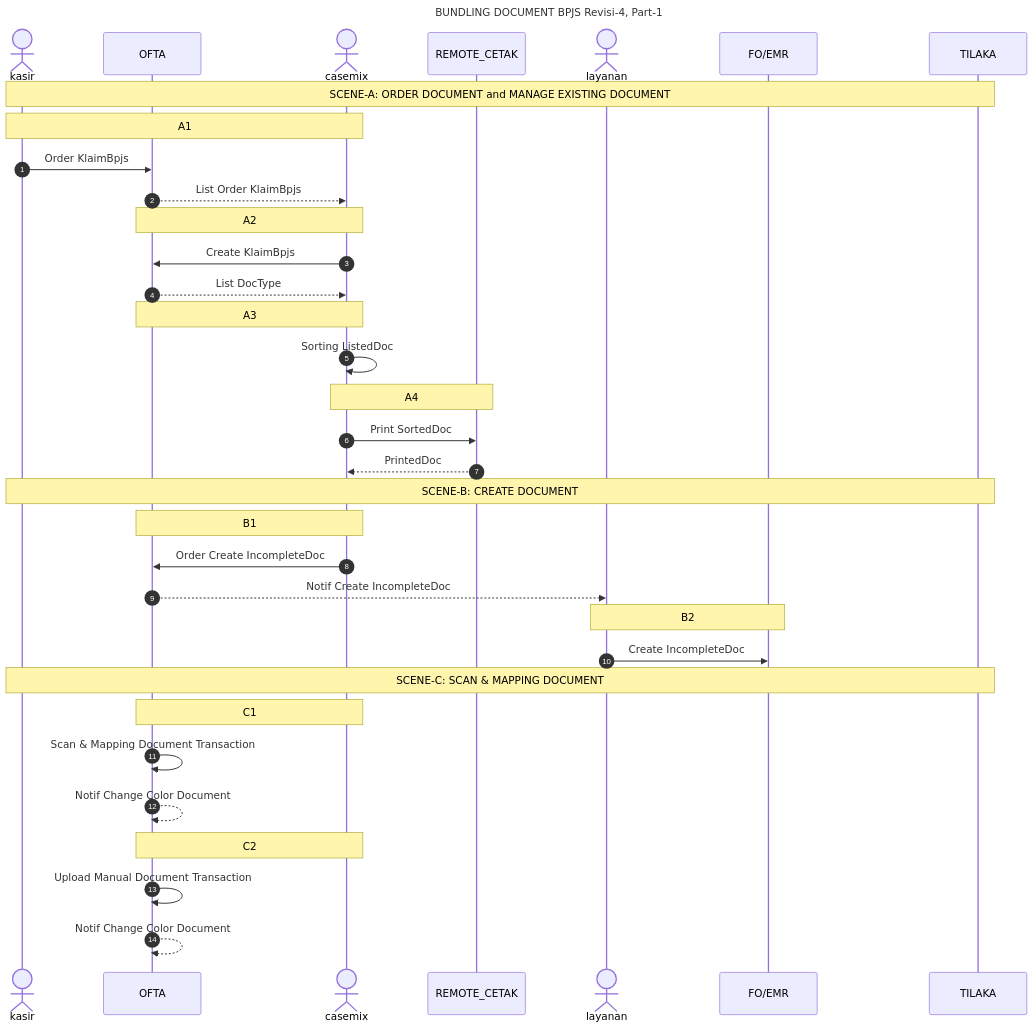
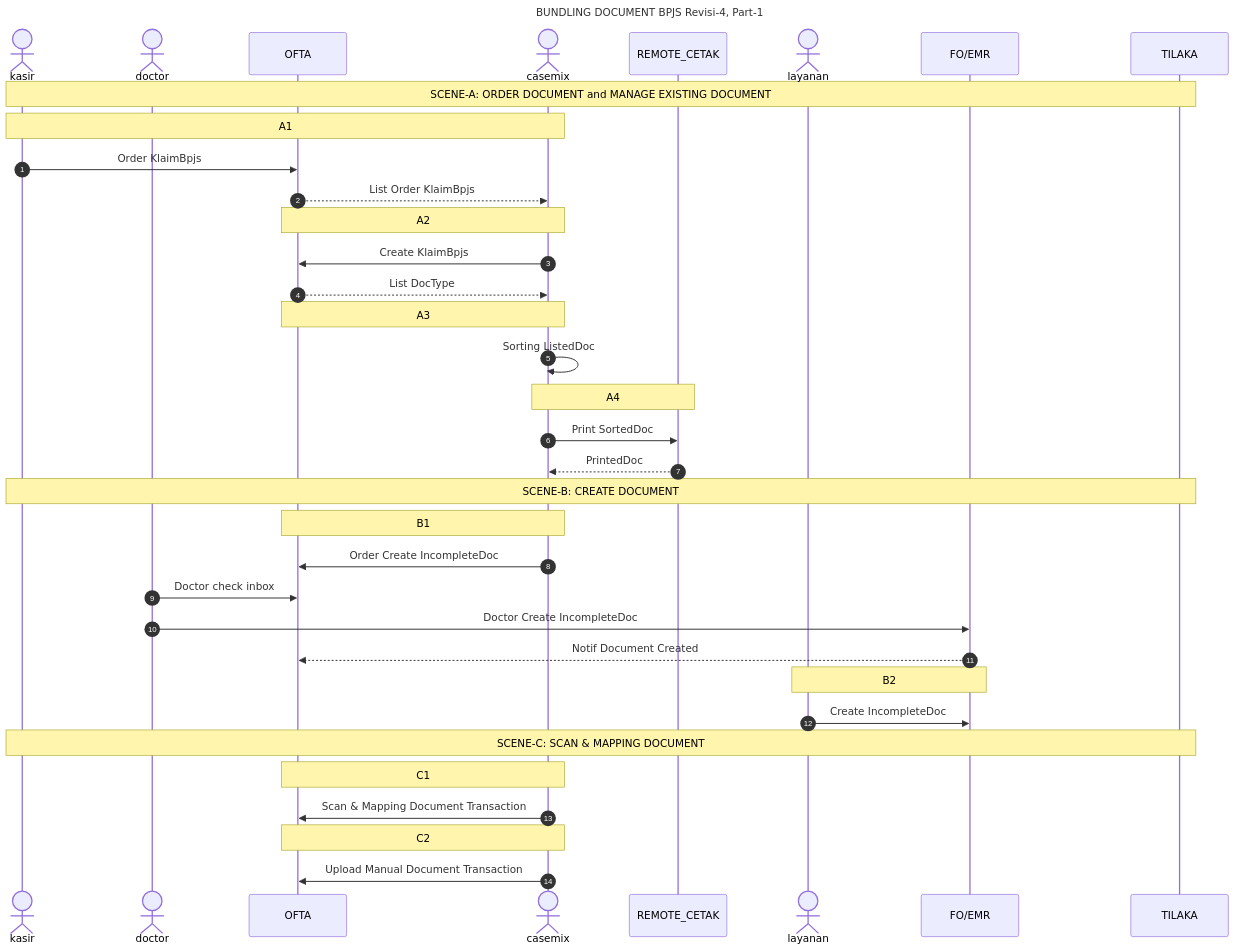
One commit to smart-ics/b005-ofta-api changed the first of 2 diagrams in readme-bpjs-flow.md. Above: the diagram before and after it, drawn with Mermaid. The commit also changed other lines of this file, not shown here.

Commit message:
Update readme-bpjs-flow.md
Perbaikan Alur SCENE-B1, C1, C2

````diff
--- a/readme-bpjs-flow.md
+++ b/readme-bpjs-flow.md
@@ -4,45 +4,46 @@
 ```mermaid
 sequenceDiagram
     title BUNDLING DOCUMENT BPJS Revisi-4, Part-1
     actor kasir
+    actor doctor
     participant OFTA
     actor casemix
     participant REMOTE_CETAK
     actor layanan
     participant FO/EMR
     participant TILAKA
     autonumber 1
 
     note over kasir, TILAKA: SCENE-A: ORDER DOCUMENT and MANAGE EXISTING DOCUMENT
     note over kasir, casemix: A1
     kasir ->> OFTA: Order KlaimBpjs 
     OFTA -->> casemix: List Order KlaimBpjs 
 
     note over OFTA, casemix: A2
     casemix ->> OFTA: Create KlaimBpjs
     OFTA -->> casemix: List DocType
 
     note over OFTA, casemix: A3
     casemix ->> casemix: Sorting ListedDoc
     
     note over casemix, REMOTE_CETAK: A4
     casemix ->> REMOTE_CETAK: Print SortedDoc
     REMOTE_CETAK -->> casemix : PrintedDoc
 
     note over kasir, TILAKA: SCENE-B: CREATE DOCUMENT 
     note over OFTA, casemix: B1
-    casemix ->> OFTA: Order Create IncompleteDoc 
-    OFTA -->> layanan: Notif Create IncompleteDoc
+    casemix ->> OFTA: Order Create IncompleteDoc
+    doctor ->> OFTA: Doctor check inbox
+    doctor ->> FO/EMR: Doctor Create IncompleteDoc
+    FO/EMR -->> OFTA: Notif Document Created
     
     note over layanan, FO/EMR: B2
     layanan ->> FO/EMR : Create IncompleteDoc
 
     note over kasir, TILAKA: SCENE-C: SCAN & MAPPING DOCUMENT 
     note over OFTA, casemix: C1
-    OFTA ->> OFTA: Scan & Mapping Document Transaction
-    OFTA -->> OFTA: Notif Change Color Document
+    casemix ->> OFTA: Scan & Mapping Document Transaction
 
     note over OFTA, casemix: C2
-    OFTA ->> OFTA: Upload Manual Document Transaction
-    OFTA -->> OFTA: Notif Change Color Document
+    casemix ->> OFTA: Upload Manual Document Transaction
 ```
````
